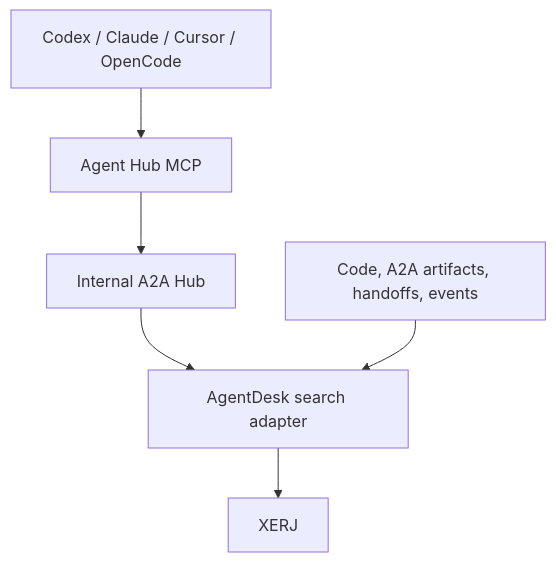
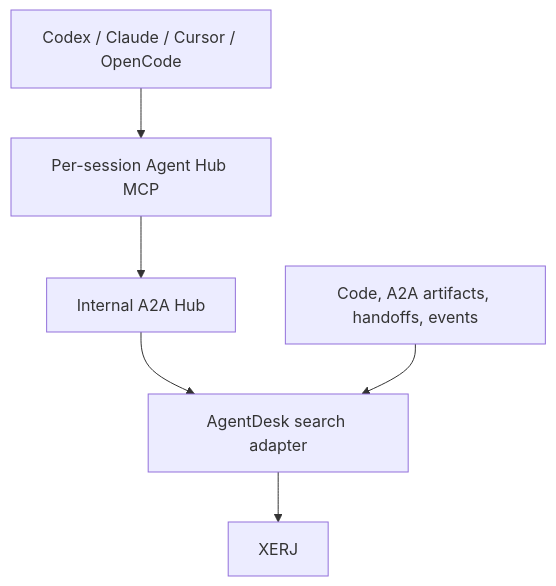
Before and after one commit to mpakus/cuckoding.com: the diagram in docs/XERJ.md, drawn with Mermaid. The commit also changed other lines of this file and 134 other files, not shown here.

````diff
--- a/docs/XERJ.md
+++ b/docs/XERJ.md
@@ -7,8 +7,8 @@
 ```mermaid
 flowchart TD
-    Agents["Codex / Claude / Cursor / OpenCode"] --> MCP["Agent Hub MCP"]
+    Agents["Codex / Claude / Cursor / OpenCode"] --> MCP["Per-session Agent Hub MCP"]
     MCP --> HUB["Internal A2A Hub"]
     HUB --> Indexer["AgentDesk search adapter"]
     Sources["Code, A2A artifacts, handoffs, events"] --> Indexer
     Indexer --> XERJ["XERJ"]
 ```
````
